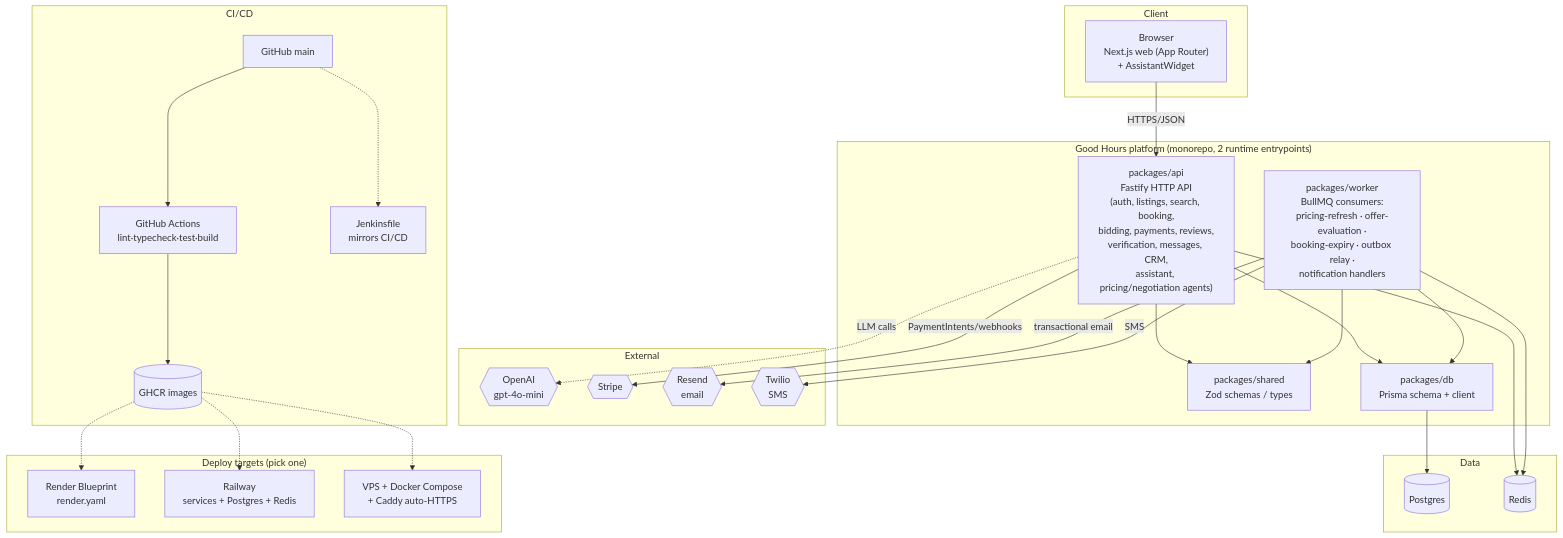
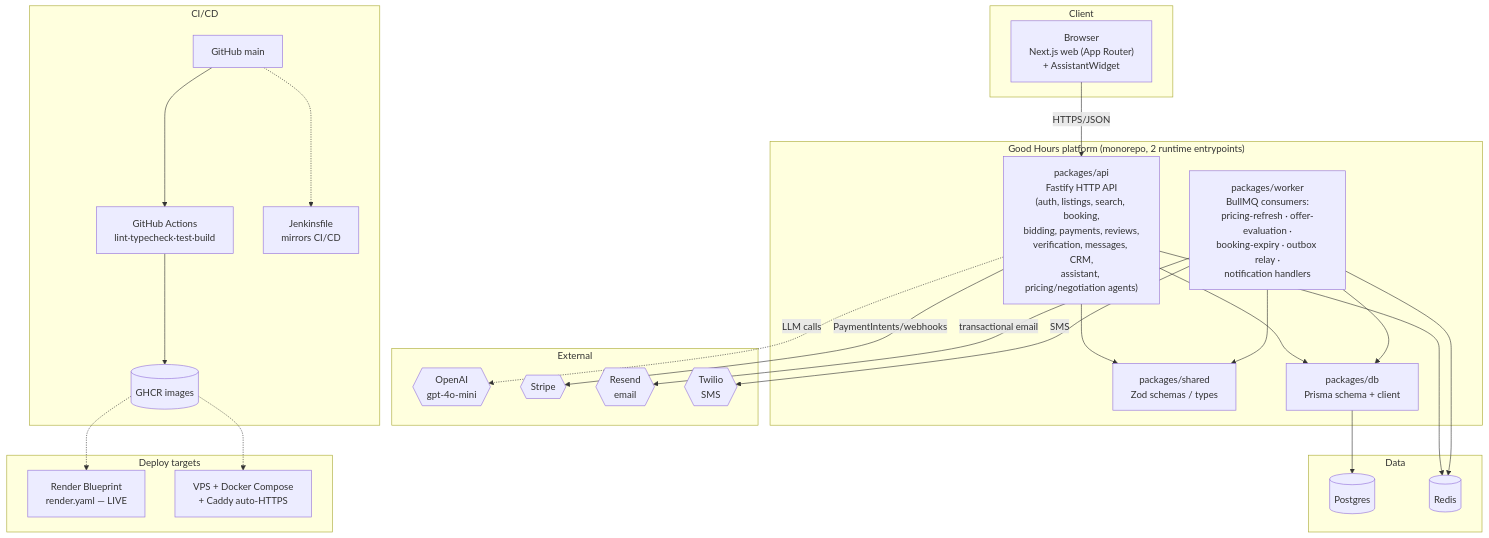
Before and after one commit to aliabdalla-maker/good-hour: the seventh of 7 diagrams in docs/DIAGRAMS.md, drawn with Mermaid. The commit also changed 7 other files, not shown here.

First line of the commit message:
chore: complete migration to Render, decommission Railway

````diff
--- a/docs/DIAGRAMS.md
+++ b/docs/DIAGRAMS.md
@@ -274,58 +274,56 @@
 ```mermaid
 flowchart TB
     subgraph Client
         Browser["Browser<br/>Next.js web (App Router)<br/>+ AssistantWidget"]
     end
 
     subgraph "Good Hours platform (monorepo, 2 runtime entrypoints)"
         API["packages/api<br/>Fastify HTTP API<br/>(auth, listings, search, booking,<br/>bidding, payments, reviews,<br/>verification, messages, CRM,<br/>assistant, pricing/negotiation agents)"]
         Worker["packages/worker<br/>BullMQ consumers:<br/>pricing-refresh · offer-evaluation ·<br/>booking-expiry · outbox relay ·<br/>notification handlers"]
         Shared["packages/shared<br/>Zod schemas / types"]
         DBPkg["packages/db<br/>Prisma schema + client"]
     end
 
     subgraph Data
         PG[(Postgres)]
         Redis[(Redis)]
     end
 
     subgraph External
         OpenAI{{OpenAI<br/>gpt-4o-mini}}
         StripeE{{Stripe}}
         Resend{{Resend<br/>email}}
         Twilio{{Twilio<br/>SMS}}
     end
 
     subgraph "CI/CD"
         GitHub[GitHub main]
         Actions[GitHub Actions<br/>lint·typecheck·test·build]
         GHCR[(GHCR images)]
         Jenkins[Jenkinsfile<br/>mirrors CI/CD]
     end
 
-    subgraph "Deploy targets (pick one)"
-        Render[Render Blueprint<br/>render.yaml]
-        RailwayT[Railway<br/>services + Postgres + Redis]
+    subgraph "Deploy targets"
+        Render[Render Blueprint<br/>render.yaml — LIVE]
         VPS[VPS + Docker Compose<br/>+ Caddy auto-HTTPS]
     end
 
     Browser -- HTTPS/JSON --> API
     API --> Shared
     Worker --> Shared
     API --> DBPkg
     Worker --> DBPkg
     DBPkg --> PG
     API --> Redis
     Worker --> Redis
     API -. LLM calls .-> OpenAI
     API -- PaymentIntents/webhooks --> StripeE
     Worker -- transactional email --> Resend
     Worker -- SMS --> Twilio
 
     GitHub --> Actions
     Actions --> GHCR
     GitHub -.-> Jenkins
     GHCR -.-> Render
-    GHCR -.-> RailwayT
     GHCR -.-> VPS
 ```
````
